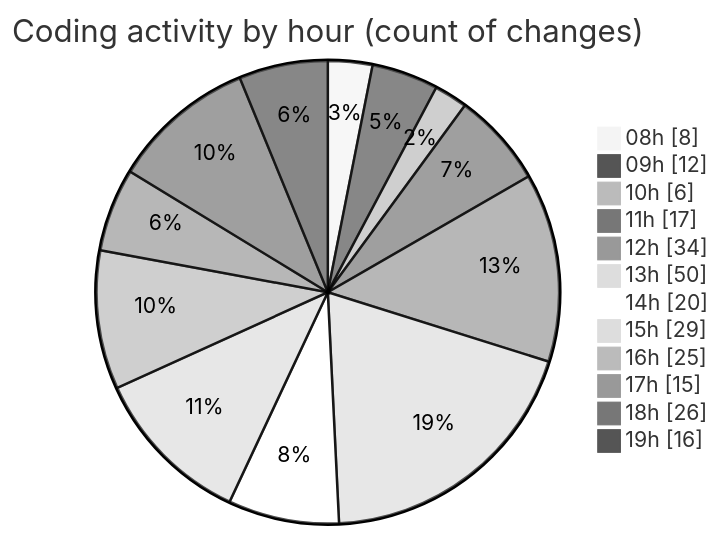
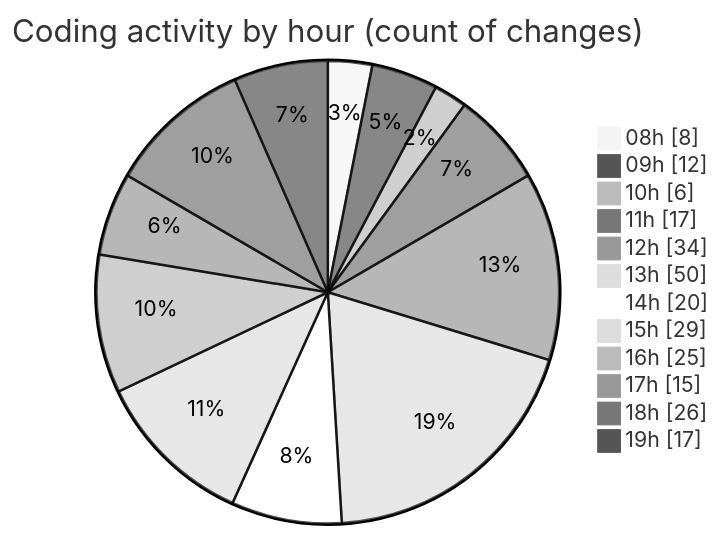
One commit to momahboobian/code-tracking changed the second of 2 diagrams in 2025-09-15/cda/README.md. Above: the diagram before and after it, drawn with Mermaid (neutral theme). The commit also changed other lines of this file and 1 other file, not shown here.

````diff
--- a/2025-09-15/cda/README.md
+++ b/2025-09-15/cda/README.md
@@ -37,16 +37,16 @@
 ```mermaid
 pie showData
 title Coding activity by hour (count of changes)
 "08h" : 8
 "09h" : 12
 "10h" : 6
 "11h" : 17
 "12h" : 34
 "13h" : 50
 "14h" : 20
 "15h" : 29
 "16h" : 25
 "17h" : 15
 "18h" : 26
-"19h" : 16
+"19h" : 17
 ```
````
